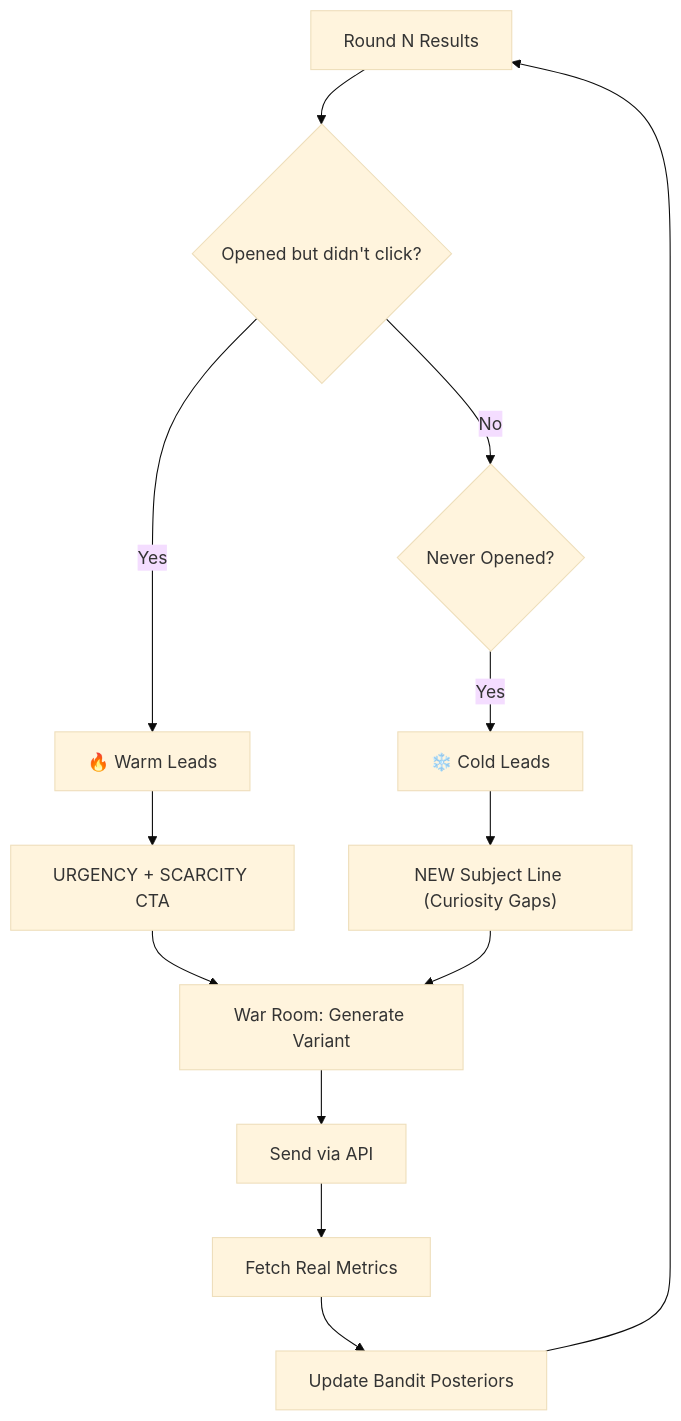
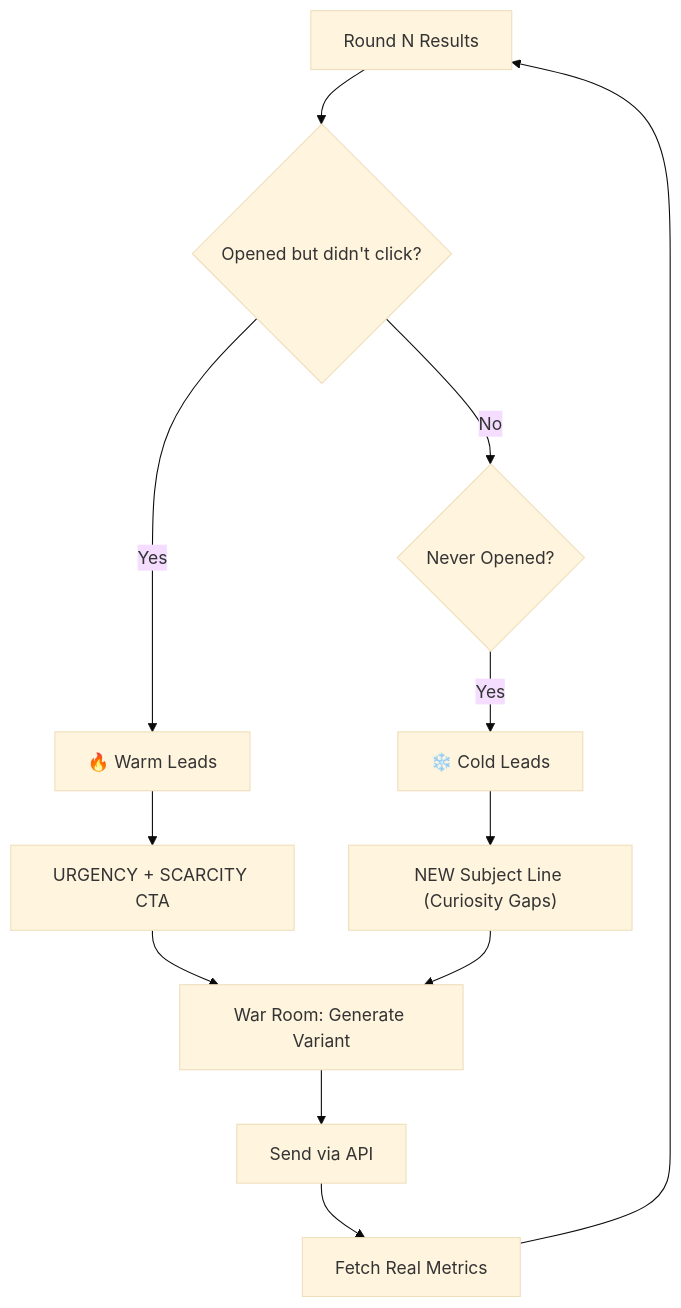
The fourth of 4 diagrams in agents/ARCHITECTURE.md (Kartavya728/AutoReach-AI), drawn with Mermaid (base theme) before and after one commit. The commit also changed other lines of this file and 65 other files, not shown here.

````diff
--- a/agents/ARCHITECTURE.md
+++ b/agents/ARCHITECTURE.md
@@ -363,17 +327,16 @@
 ```mermaid
 graph TD
     A["Round N Results"] --> B{"Opened but didn't click?"}
     B -- Yes --> C["🔥 Warm Leads"]
     B -- No --> D{"Never Opened?"}
     D -- Yes --> E["❄️ Cold Leads"]
 
     C --> F["URGENCY + SCARCITY CTA"]
     E --> G["NEW Subject Line (Curiosity Gaps)"]
 
     F --> H["War Room: Generate Variant"]
     G --> H
     H --> I["Send via API"]
     I --> J["Fetch Real Metrics"]
-    J --> K["Update Bandit Posteriors"]
-    K --> A
+    J --> A
 ```
````
